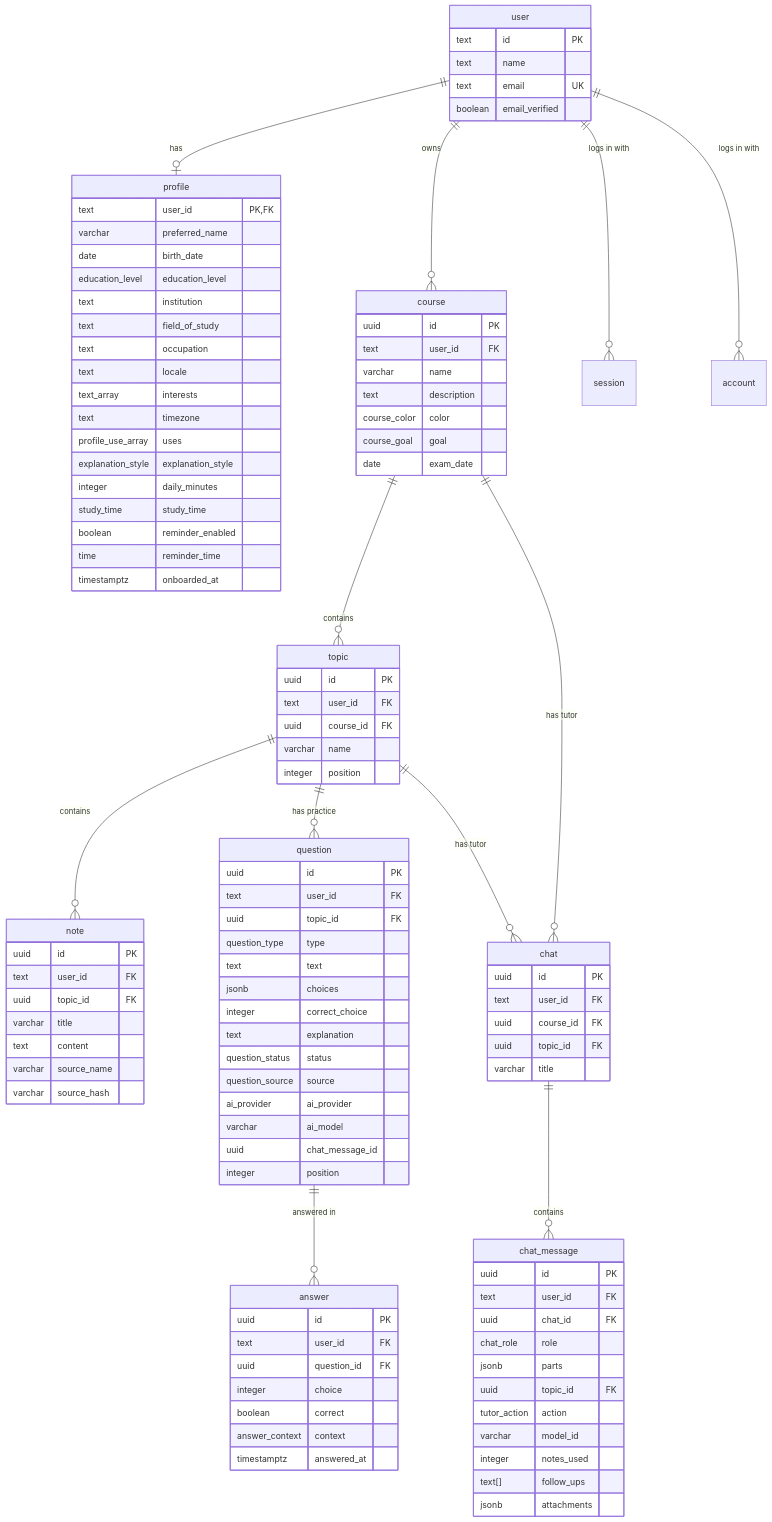
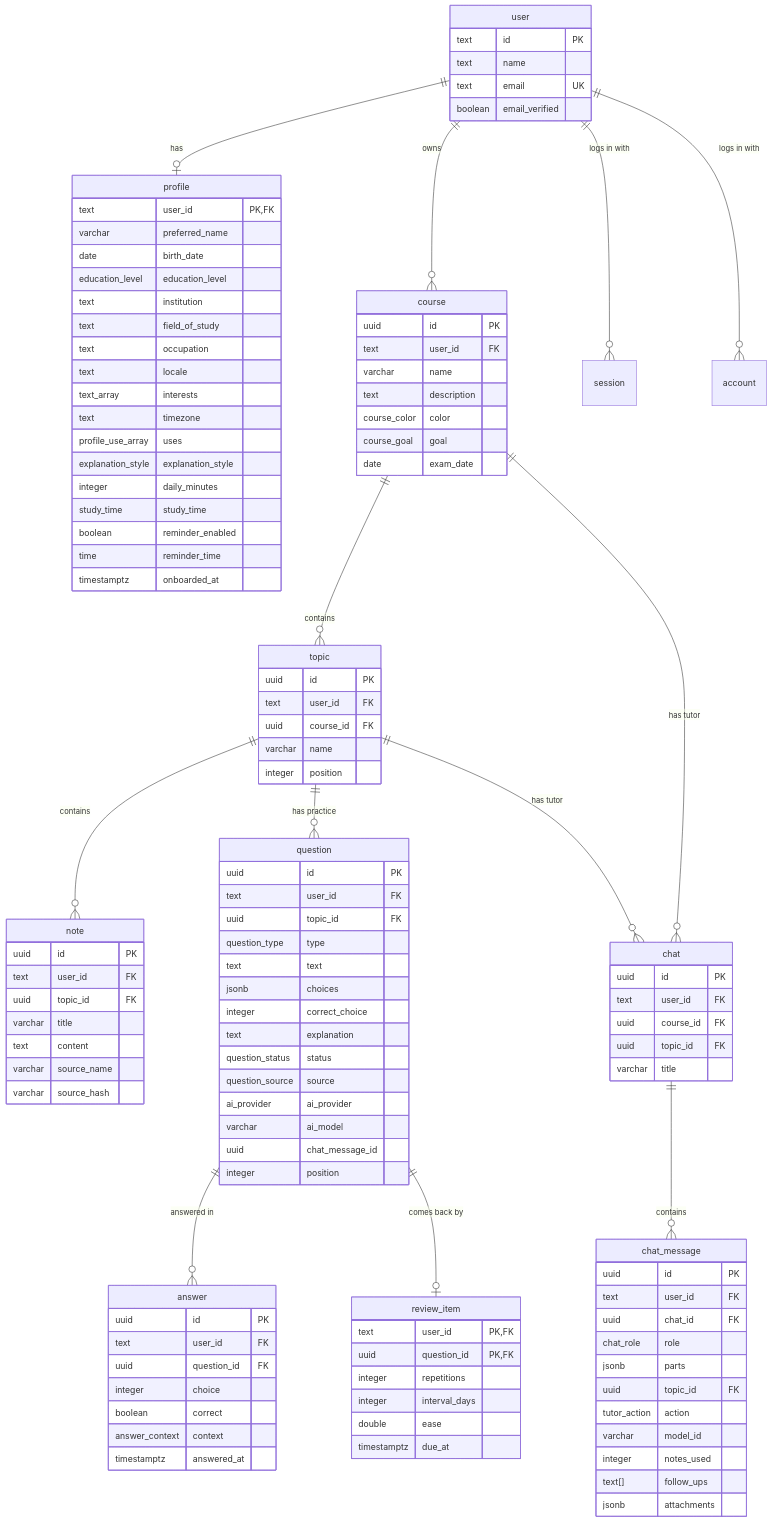
One commit to fyernald/orbi changed the diagram in docs/database.md. Above: the diagram before and after it, drawn with Mermaid. The commit also changed other lines of this file and 5 other files, not shown here.

````diff
--- a/docs/database.md
+++ b/docs/database.md
@@ -12,6 +12,7 @@
     topic ||--o{ note : contains
     topic ||--o{ question : "has practice"
     question ||--o{ answer : "answered in"
+    question ||--o| review_item : "comes back by"
     course ||--o{ chat : "has tutor"
     topic ||--o{ chat : "has tutor"
     chat ||--o{ chat_message : contains
@@ -113,4 +114,12 @@
         answer_context context
         timestamptz answered_at
     }
+    review_item {
+        text user_id PK,FK
+        uuid question_id PK,FK
+        integer repetitions
+        integer interval_days
+        double ease
+        timestamptz due_at
+    }
 ```
````
